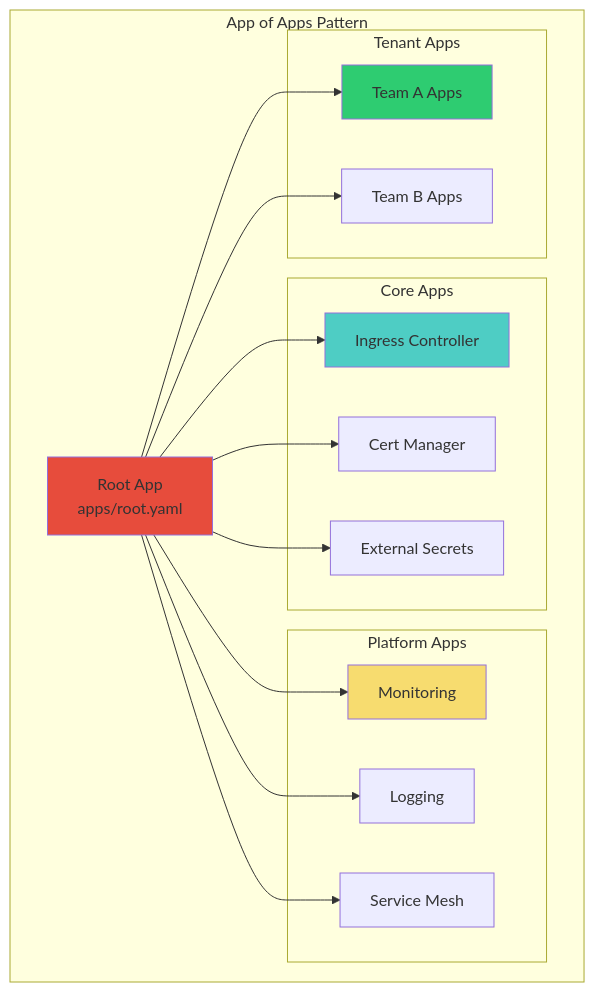
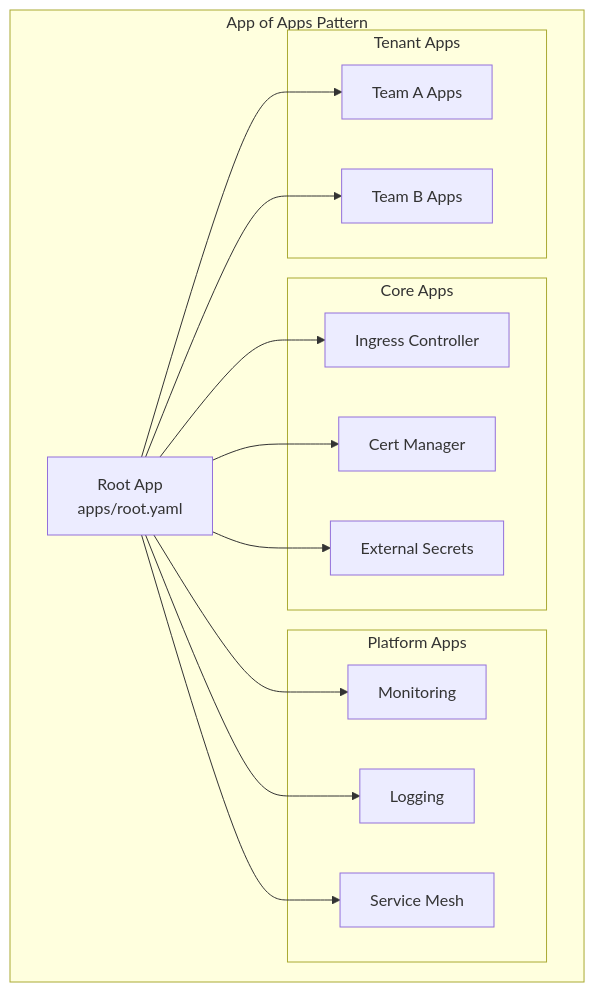
The eighth of 12 diagrams in docs/cicd/week6-argocd-final.md (juwon8891/juwon8891.github.io), drawn with Mermaid before and after one commit. The commit also changed other lines of this file and 18 other files, not shown here.

Commit message:
Remove bright colors from Mermaid diagrams for dark mode compatibility

````diff
--- a/docs/cicd/week6-argocd-final.md
+++ b/docs/cicd/week6-argocd-final.md
@@ -930,37 +917,33 @@
 ```mermaid
 graph TB
     subgraph "App of Apps Pattern"
         ROOT[Root App<br/>apps/root.yaml]
 
         subgraph "Core Apps"
             C1[Ingress Controller]
             C2[Cert Manager]
             C3[External Secrets]
         end
 
         subgraph "Platform Apps"
             P1[Monitoring]
             P2[Logging]
             P3[Service Mesh]
         end
 
         subgraph "Tenant Apps"
             T1[Team A Apps]
             T2[Team B Apps]
         end
     end
 
     ROOT --> C1
     ROOT --> C2
     ROOT --> C3
     ROOT --> P1
     ROOT --> P2
     ROOT --> P3
     ROOT --> T1
     ROOT --> T2
 
-    style ROOT fill:#E74C3C
-    style C1 fill:#4ECDC4
-    style P1 fill:#F7DC6F
-    style T1 fill:#2ECC71
 ```
````
